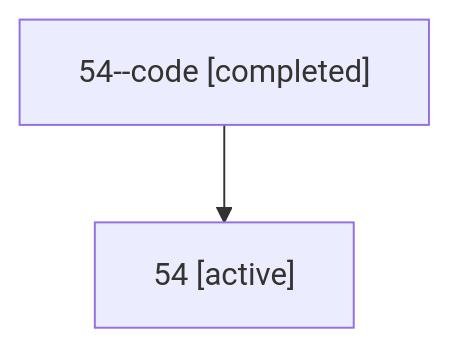
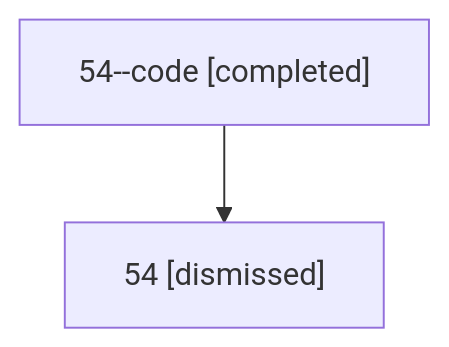
The diagram in sessions/bbugyi200.athena.54.md (sase-org/sase--agents), drawn with Mermaid before and after one commit. The commit also changed other lines of this file and 21 other files, not shown here.

````diff
--- a/sessions/bbugyi200.athena.54.md
+++ b/sessions/bbugyi200.athena.54.md
@@ -9,6 +9,6 @@
 ```mermaid
 flowchart TD
   n0["54--code [completed]"]
-  n1["54 [active]"]
+  n1["54 [dismissed]"]
   n0 --> n1
 ```
````
